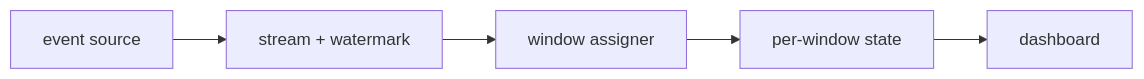
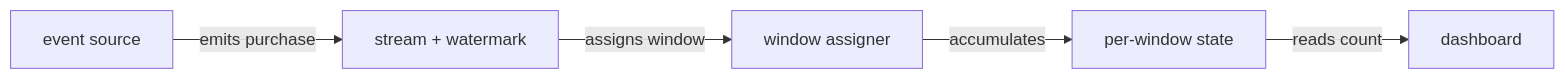
The eighth of 19 diagrams in docs/ch02-the-what-where-when-and-how-of-data-processing.md (vinayakuber/streaming-systems-study-guide), drawn with Mermaid before and after one commit. The commit also changed other lines of this file and 22 other files, not shown here.

First line of the commit message:
R18: label every diagram arrow with its meaning

````diff
--- a/docs/ch02-the-what-where-when-and-how-of-data-processing.md
+++ b/docs/ch02-the-what-where-when-and-how-of-data-processing.md
@@ -179,7 +179,7 @@
 ```mermaid
 flowchart LR
-  W["event source"] --> T["stream + watermark"]
-  T --> C["window assigner"]
-  C --> A["per-window state"]
-  A --> R["dashboard"]
+  W["event source"] -->|"emits purchase"| T["stream + watermark"]
+  T -->|"assigns window"| C["window assigner"]
+  C -->|"accumulates"| A["per-window state"]
+  A -->|"reads count"| R["dashboard"]
 ```
````
